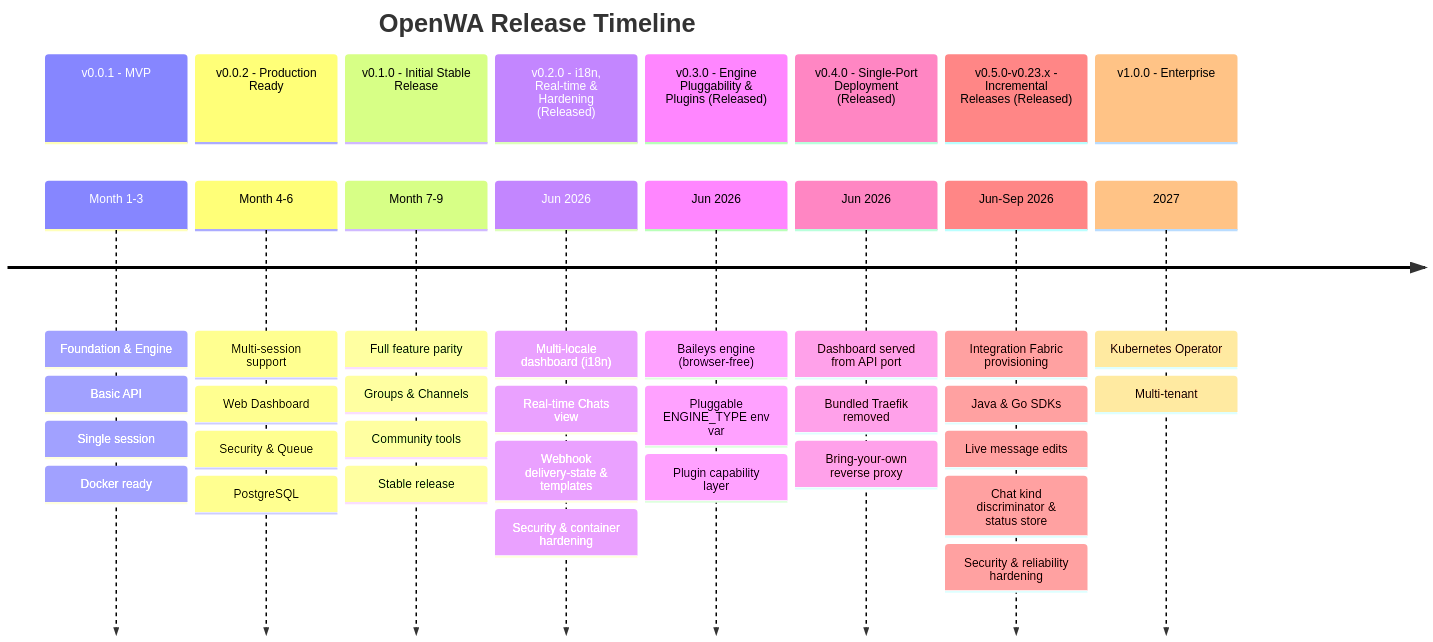
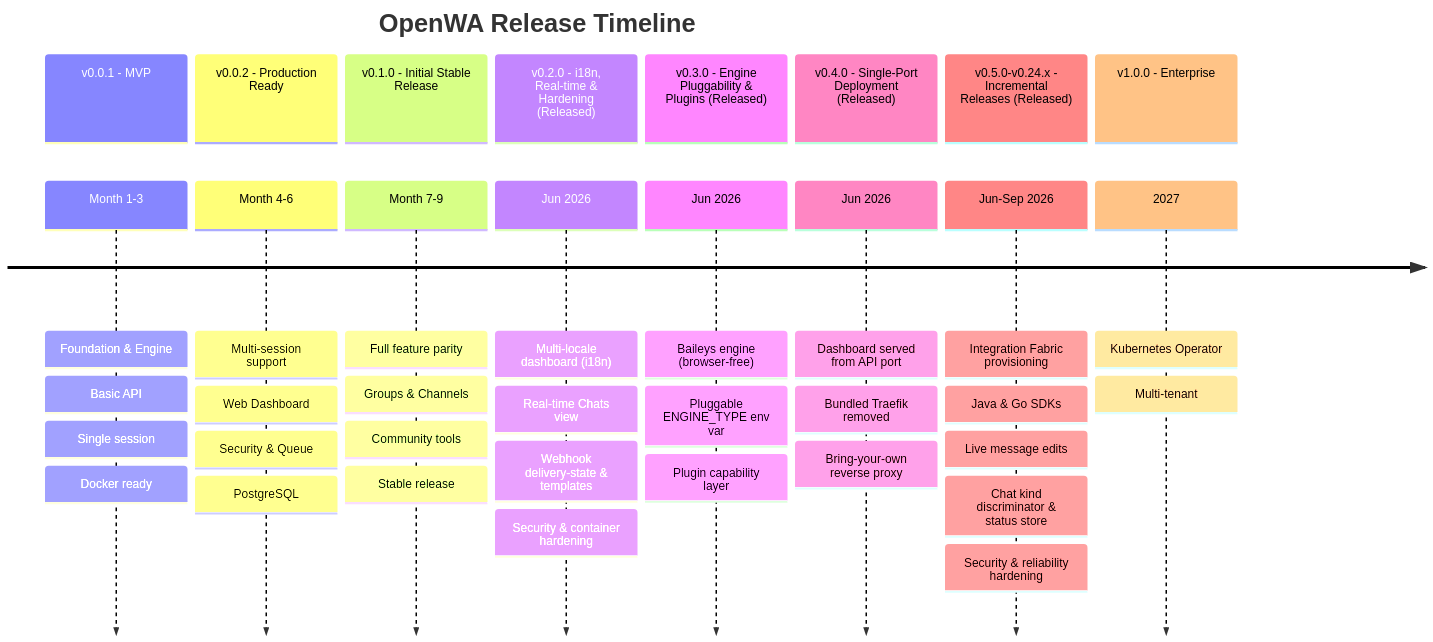
One commit to AntoineTROOVY/Sherlo changed the first of 7 diagrams in docs/15-project-roadmap.md. Above: the diagram before and after it, drawn with Mermaid. The commit also changed other lines of this file, not shown here.

Commit message:
docs(roadmap): extend the released range to v0.24.x

````diff
--- a/docs/15-project-roadmap.md
+++ b/docs/15-project-roadmap.md
@@ -5,49 +5,49 @@
 ```mermaid
 timeline
     title OpenWA Release Timeline
 
     section v0.0.1 - MVP
         Month 1-3 : Foundation & Engine
                   : Basic API
                   : Single session
                   : Docker ready
 
     section v0.0.2 - Production Ready
         Month 4-6 : Multi-session support
                   : Web Dashboard
                   : Security & Queue
                   : PostgreSQL
 
     section v0.1.0 - Initial Stable Release
         Month 7-9 : Full feature parity
                   : Groups & Channels
                   : Community tools
                   : Stable release
 
     section v0.2.0 - i18n, Real-time & Hardening (Released)
         Jun 2026 : Multi-locale dashboard (i18n)
                  : Real-time Chats view
                  : Webhook delivery-state & templates
                  : Security & container hardening
 
     section v0.3.0 - Engine Pluggability & Plugins (Released)
         Jun 2026 : Baileys engine (browser-free)
                  : Pluggable ENGINE_TYPE env var
                  : Plugin capability layer
 
     section v0.4.0 - Single-Port Deployment (Released)
         Jun 2026 : Dashboard served from API port
                  : Bundled Traefik removed
                  : Bring-your-own reverse proxy
 
-    section v0.5.0-v0.23.x - Incremental Releases (Released)
+    section v0.5.0-v0.24.x - Incremental Releases (Released)
         Jun-Sep 2026 : Integration Fabric provisioning
                      : Java & Go SDKs
                      : Live message edits
                      : Chat kind discriminator & status store
                      : Security & reliability hardening
 
     section v1.0.0 - Enterprise
         2027 : Kubernetes Operator
              : Multi-tenant
 ```
````
